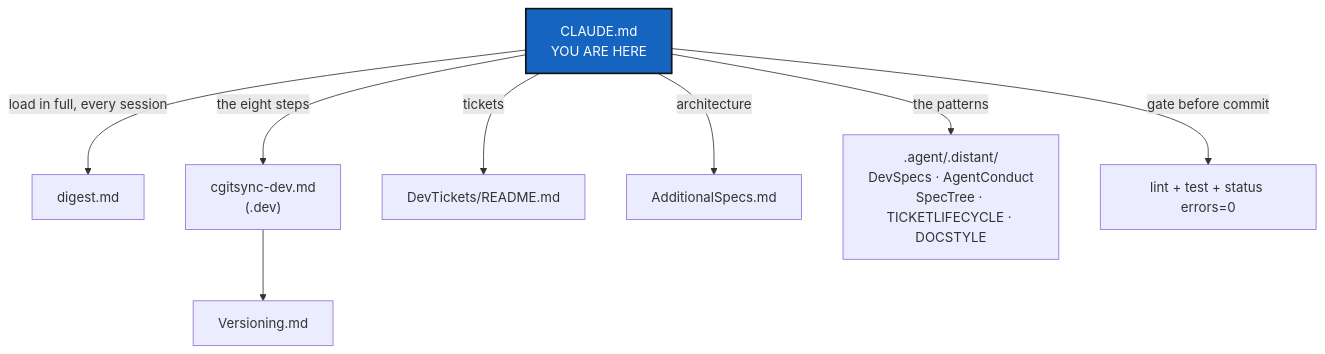
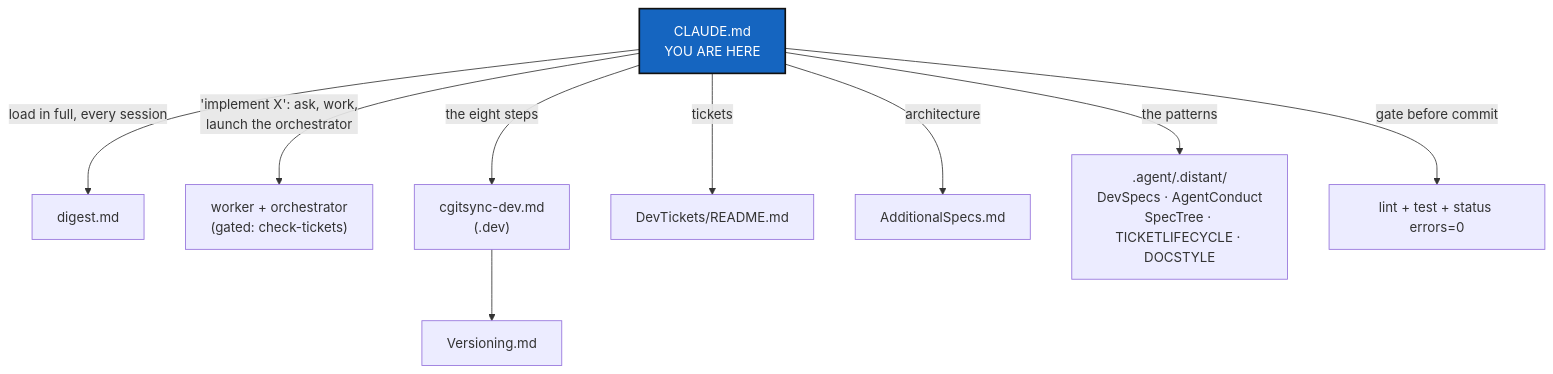
Before and after one commit to flipoyo/.claude: the diagram in CLAUDE.md, drawn with Mermaid. The commit also changed other lines of this file and 2 other files, not shown here.

````diff
--- a/CLAUDE.md
+++ b/CLAUDE.md
@@ -35,13 +35,14 @@
 ```mermaid
 graph TD
     CLAUDE["CLAUDE.md<br/>YOU ARE HERE"] -->|"load in full, every session"| DIGEST["digest.md"]
+    CLAUDE -->|"'implement X': ask, work,<br/>launch the orchestrator"| PAIR["worker + orchestrator<br/>(gated: check-tickets)"]
     CLAUDE -->|"the eight steps"| DEV["cgitsync-dev.md<br/>(.dev)"]
     DEV --> VER["Versioning.md"]
     CLAUDE -->|"tickets"| TK["DevTickets/README.md"]
     CLAUDE -->|"architecture"| SPEC["AdditionalSpecs.md"]
     CLAUDE -->|"the patterns"| DIST[".agent/.distant/<br/>DevSpecs · AgentConduct<br/>SpecTree · TICKETLIFECYCLE · DOCSTYLE"]
     CLAUDE -->|"gate before commit"| CI["lint + test + status errors=0"]
 
     classDef here fill:#1565C0,color:#fff,stroke:#111,stroke-width:2px;
     class CLAUDE here;
 ```
````
